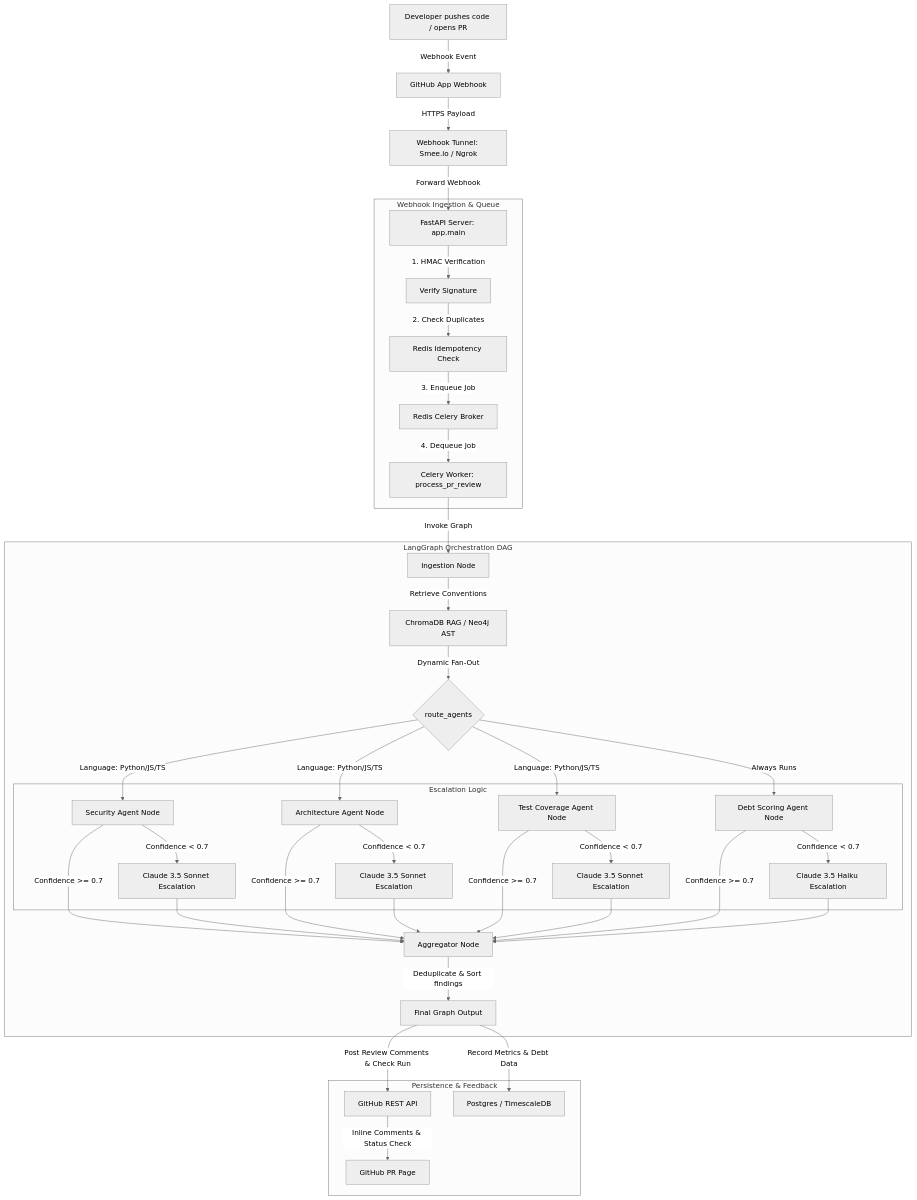
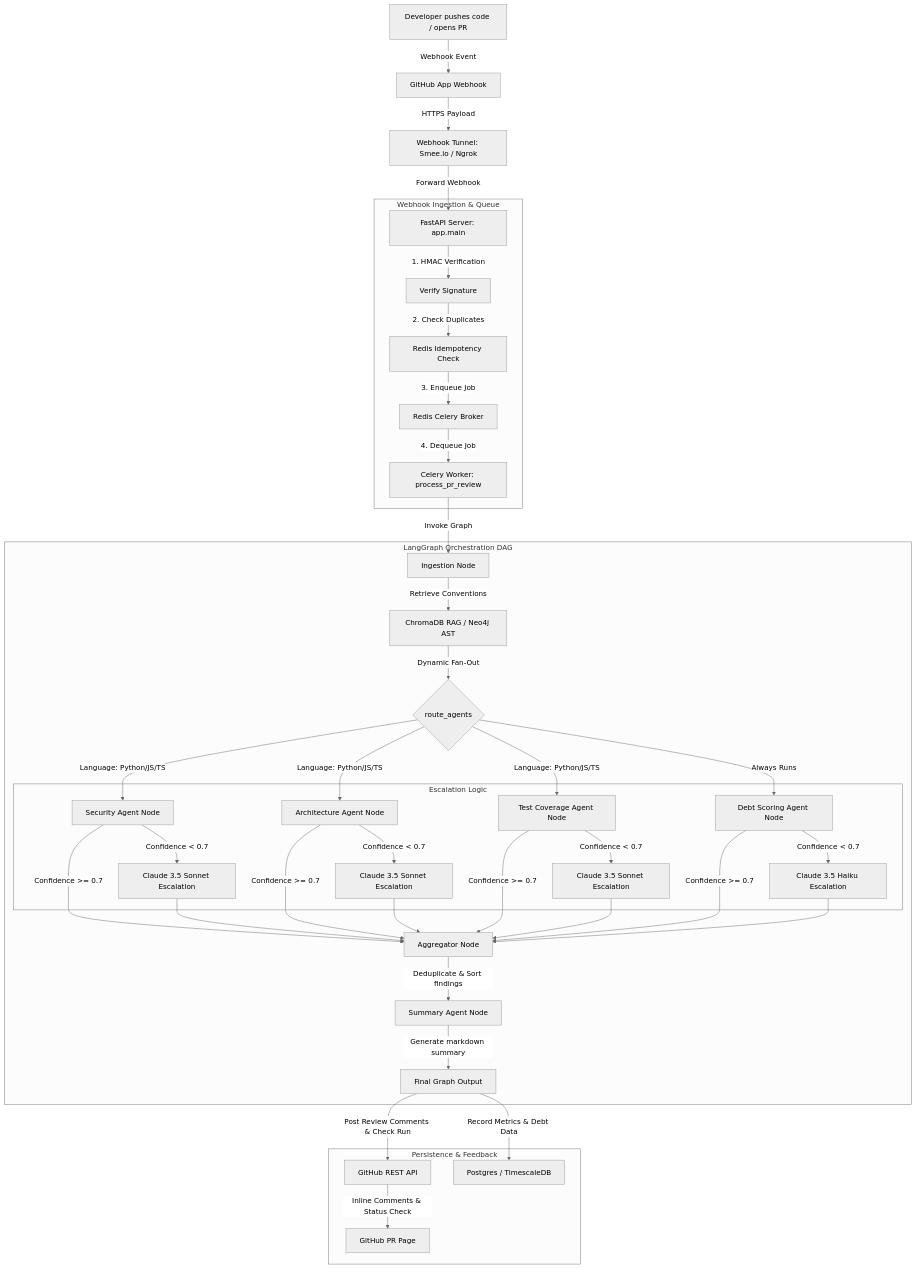
One commit to Viresh2408/Code_Review_Agent changed the diagram in README.md. Above: the diagram before and after it, drawn with Mermaid (neutral theme). The commit also changed other lines of this file and 12 other files, not shown here.

Commit message:
Implement PR Summary Agent node and update README

````diff
--- a/README.md
+++ b/README.md
@@ -11,49 +11,50 @@
 ```mermaid
 graph TD
     Developer[Developer pushes code / opens PR] -->|Webhook Event| GitHubApp[GitHub App Webhook]
     GitHubApp -->|HTTPS Payload| Tunnel[Webhook Tunnel: Smee.io / Ngrok]
     Tunnel -->|Forward Webhook| FastAPI[FastAPI Server: app.main]
     
     subgraph Webhook Ingestion & Queue
         FastAPI -->|1. HMAC Verification| HMAC[Verify Signature]
         HMAC -->|2. Check Duplicates| RedisLock[Redis Idempotency Check]
         RedisLock -->|3. Enqueue Job| RedisQueue[Redis Celery Broker]
         RedisQueue -->|4. Dequeue Job| CeleryWorker[Celery Worker: process_pr_review]
     end
 
     subgraph LangGraph Orchestration DAG
         CeleryWorker -->|Invoke Graph| IngestionNode[Ingestion Node]
         IngestionNode -->|Retrieve Conventions| RAG[ChromaDB RAG / Neo4j AST]
         
         RAG -->|Dynamic Fan-Out| Router{route_agents}
         
         Router -->|Language: Python/JS/TS| Security[Security Agent Node]
         Router -->|Language: Python/JS/TS| Arch[Architecture Agent Node]
         Router -->|Language: Python/JS/TS| TestCov[Test Coverage Agent Node]
         Router -->|Always Runs| DebtScore[Debt Scoring Agent Node]
         
         subgraph Escalation Logic
             Security -->|Confidence < 0.7| SecurityEsc[Claude 3.5 Sonnet Escalation]
             Arch -->|Confidence < 0.7| ArchEsc[Claude 3.5 Sonnet Escalation]
             TestCov -->|Confidence < 0.7| TestCovEsc[Claude 3.5 Sonnet Escalation]
             DebtScore -->|Confidence < 0.7| DebtScoreEsc[Claude 3.5 Haiku Escalation]
         end
 
         Security -->|Confidence >= 0.7| Aggregator[Aggregator Node]
         SecurityEsc --> Aggregator
         Arch -->|Confidence >= 0.7| Aggregator
         ArchEsc --> Aggregator
         TestCov -->|Confidence >= 0.7| Aggregator
         TestCovEsc --> Aggregator
         DebtScore -->|Confidence >= 0.7| Aggregator
         DebtScoreEsc --> Aggregator
         
-        Aggregator -->|Deduplicate & Sort findings| FinalOutput[Final Graph Output]
+        Aggregator -->|Deduplicate & Sort findings| Summary[Summary Agent Node]
+        Summary -->|Generate markdown summary| FinalOutput[Final Graph Output]
     end
 
     subgraph Persistence & Feedback
         FinalOutput -->|Post Review Comments & Check Run| GitHubAPI[GitHub REST API]
         FinalOutput -->|Record Metrics & Debt Data| Postgres[Postgres / TimescaleDB]
         GitHubAPI -->|Inline Comments & Status Check| PRPage[GitHub PR Page]
     end
 ```
````
